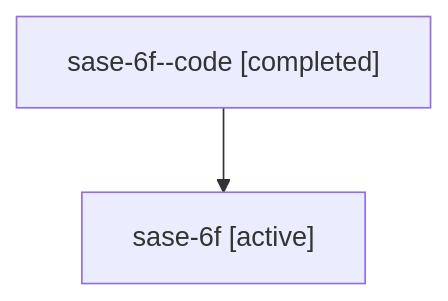
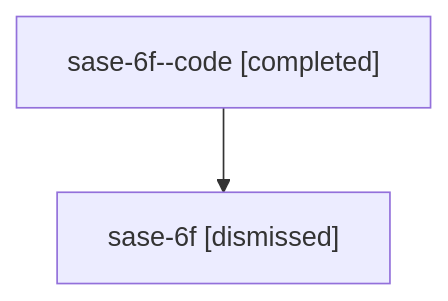
One commit to sase-org/sase--agents changed the diagram in sessions/bbugyi200.athena.sase-6f.md. Above: the diagram before and after it, drawn with Mermaid. The commit also changed other lines of this file and 54 other files, not shown here.

````diff
--- a/sessions/bbugyi200.athena.sase-6f.md
+++ b/sessions/bbugyi200.athena.sase-6f.md
@@ -9,6 +9,6 @@
 ```mermaid
 flowchart TD
   n0["sase-6f--code [completed]"]
-  n1["sase-6f [active]"]
+  n1["sase-6f [dismissed]"]
   n0 --> n1
 ```
````
